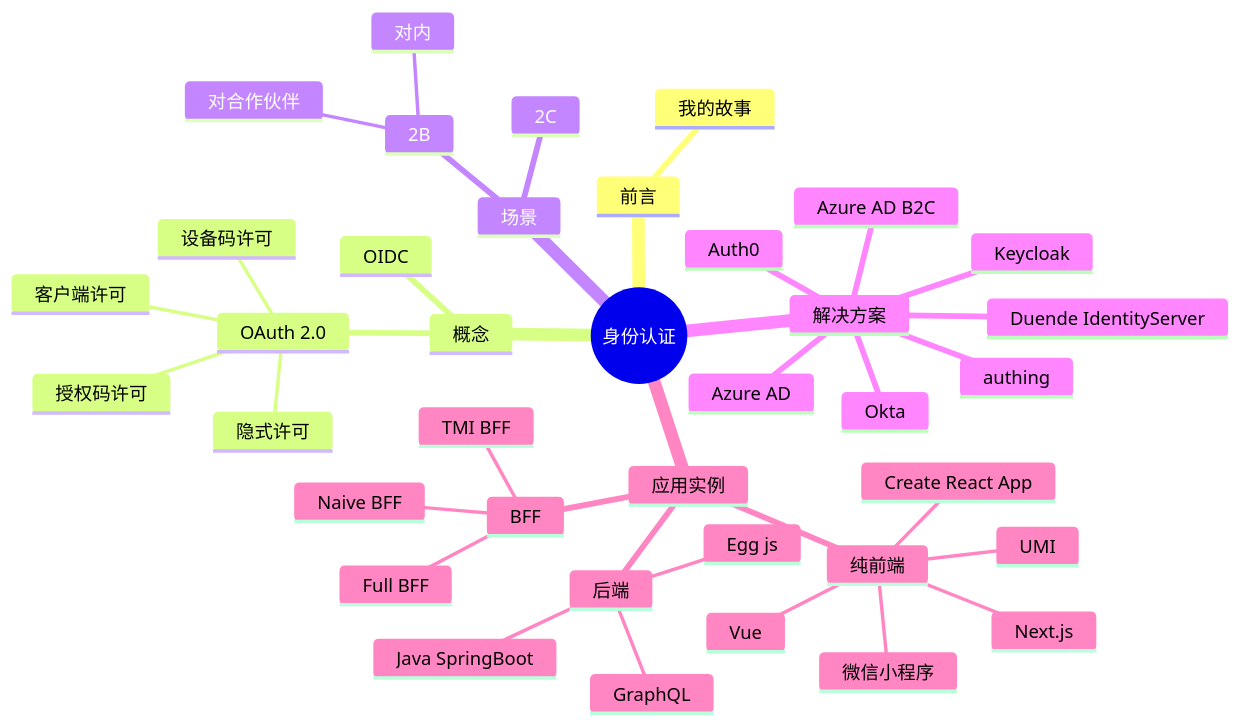
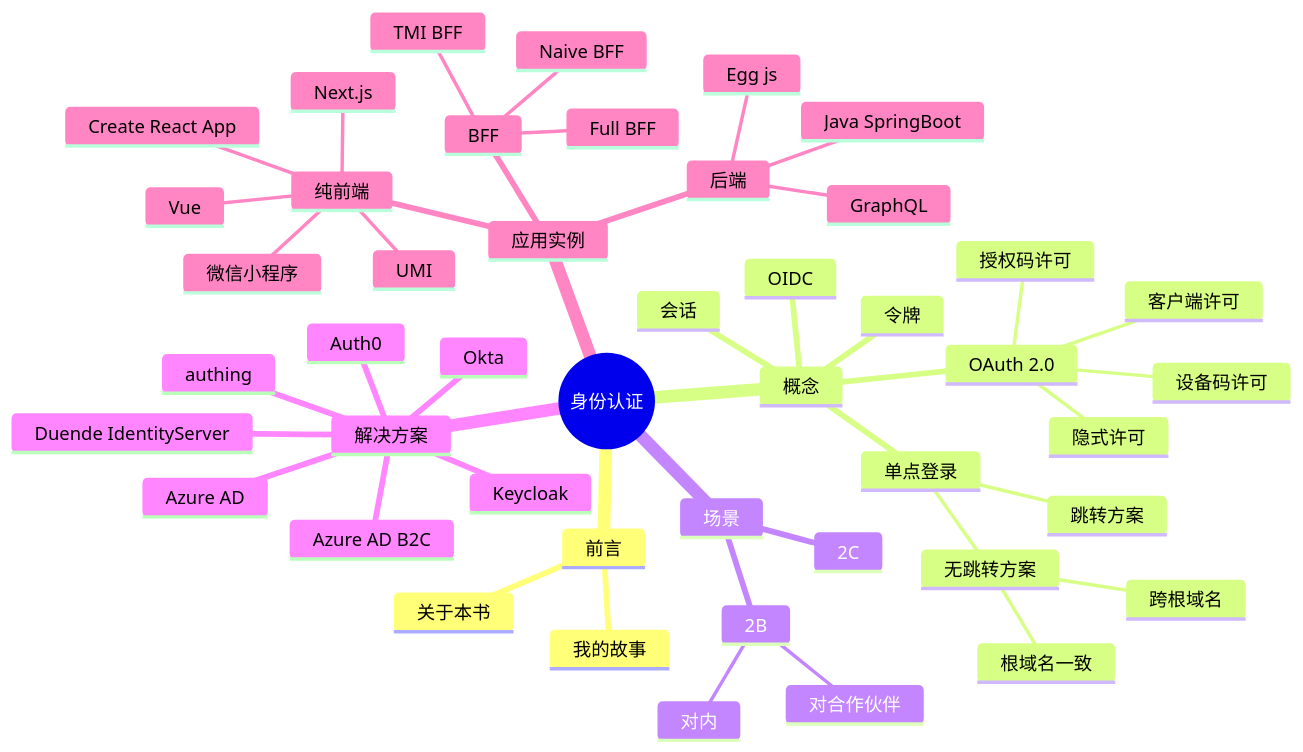
Before and after one commit to Jeff-Tian/AllAboutIdentity: the first of 2 diagrams in docs/idea.md, drawn with Mermaid.

````diff
--- a/docs/idea.md
+++ b/docs/idea.md
@@ -5,41 +5,49 @@
 ```mermaid
 mindmap
   root((身份认证))
     前言
       我的故事
+      关于本书
     概念
+      会话
+      令牌
       OAuth 2.0
         授权码许可
         客户端许可
         隐式许可
         设备码许可
       OIDC
+      单点登录
+        跳转方案
+        无跳转方案
+          根域名一致
+          跨根域名
     场景
       2B
         对内
         对合作伙伴
       2C
     解决方案
       authing
       Keycloak
       Duende IdentityServer
       Okta
       Auth0
       Azure AD
       Azure AD B2C
     应用实例
       纯前端
         UMI
         Next.js
         Create React App
         Vue
         微信小程序
       BFF
         Naive BFF
         TMI BFF
         Full BFF
       后端
         Java SpringBoot
         Egg js
         GraphQL
 ```
````
